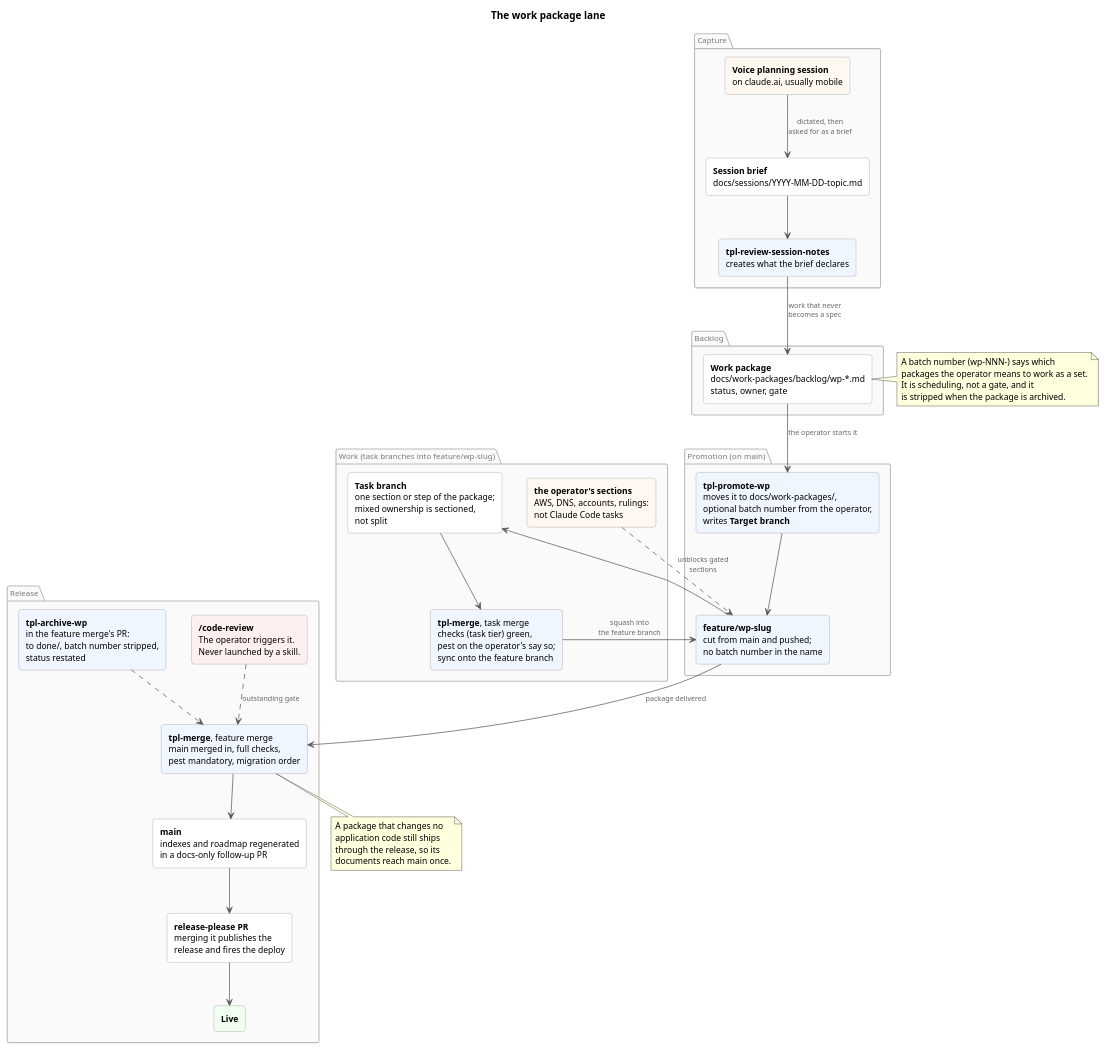
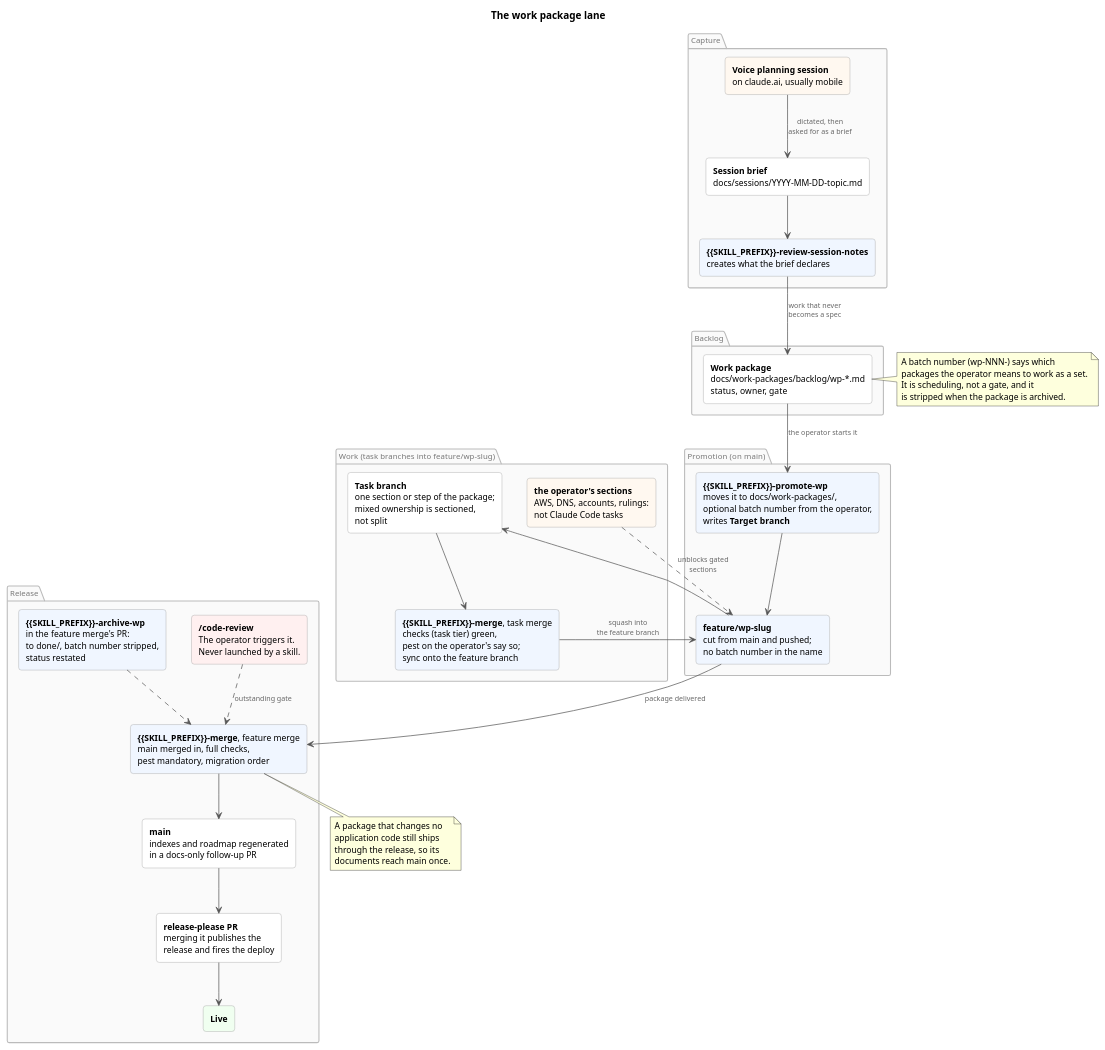
One commit to AnalysisByDesign/laravel_template changed the diagram in docs/development/workflow-work-package.puml. Above: the diagram before and after it, drawn with PlantUML. The commit also changed 97 other files, not shown here.

```diff
--- a/docs/development/workflow-work-package.puml
+++ b/docs/development/workflow-work-package.puml
@@ -1,94 +1,94 @@
 @startuml workflow-work-package
 ' The work package lane: work that is real but never becomes a spec, such as
 ' infrastructure, research, tooling and documentation.
 '
 ' One of three lane diagrams (feature, work package, fix). The branches
 ' each step works on are in docs/development/branching-model.puml.
 ' The pre-commit hook renders the PNG for any staged .puml automatically;
 ' render the PDF with `plantuml -tpdf docs/development/workflow-work-package.puml`.
 
 title The work package lane
 
 skinparam backgroundColor #FFFFFF
 skinparam shadowing false
 skinparam defaultFontName Helvetica
 skinparam defaultFontSize 12
 skinparam ArrowColor #555555
 skinparam ArrowFontSize 10
 skinparam ArrowFontColor #666666
 
 skinparam rectangle {
   BorderColor #999999
   BackgroundColor #FFFFFF
   FontSize 12
   roundCorner 8
 }
 skinparam package {
   BorderColor #BBBBBB
   BackgroundColor #FAFAFA
   FontColor #777777
   FontSize 11
   FontStyle plain
 }
 
 package "Capture" {
   rectangle "**Voice planning session**\non claude.ai, usually mobile" as session #FFF8F0
   rectangle "**Session brief**\ndocs/sessions/YYYY-MM-DD-topic.md" as brief
-  rectangle "**tpl-review-session-notes**\ncreates what the brief declares" as notes #F0F6FF
+  rectangle "**{{SKILL_PREFIX}}-review-session-notes**\ncreates what the brief declares" as notes #F0F6FF
 }
 
 package "Backlog" {
   rectangle "**Work package**\ndocs/work-packages/backlog/wp-*.md\nstatus, owner, gate" as wp
 }
 
 package "Promotion  (on main)" {
-  rectangle "**tpl-promote-wp**\nmoves it to docs/work-packages/,\noptional batch number from the operator,\nwrites **Target branch**" as promote #F0F6FF
+  rectangle "**{{SKILL_PREFIX}}-promote-wp**\nmoves it to docs/work-packages/,\noptional batch number from the operator,\nwrites **Target branch**" as promote #F0F6FF
   rectangle "**feature/wp-slug**\ncut from main and pushed;\nno batch number in the name" as featbranch #F0F6FF
 }
 
 package "Work  (task branches into feature/wp-slug)" {
   rectangle "**Task branch**\none section or step of the package;\nmixed ownership is sectioned,\nnot split" as task
   rectangle "**the operator's sections**\nAWS, DNS, accounts, rulings:\nnot Claude Code tasks" as op #FFF8F0
-  rectangle "**tpl-merge**, task merge\nchecks (task tier) green,\npest on the operator's say so;\nsync onto the feature branch" as taskmerge #F0F6FF
+  rectangle "**{{SKILL_PREFIX}}-merge**, task merge\nchecks (task tier) green,\npest on the operator's say so;\nsync onto the feature branch" as taskmerge #F0F6FF
 }
 
 package "Release" {
-  rectangle "**tpl-merge**, feature merge\nmain merged in, full checks,\npest mandatory, migration order" as featmerge #F0F6FF
+  rectangle "**{{SKILL_PREFIX}}-merge**, feature merge\nmain merged in, full checks,\npest mandatory, migration order" as featmerge #F0F6FF
   rectangle "**/code-review**\nThe operator triggers it.\nNever launched by a skill." as review #FFF0F0
-  rectangle "**tpl-archive-wp**\nin the feature merge's PR:\nto done/, batch number stripped,\nstatus restated" as archive #F0F6FF
+  rectangle "**{{SKILL_PREFIX}}-archive-wp**\nin the feature merge's PR:\nto done/, batch number stripped,\nstatus restated" as archive #F0F6FF
   rectangle "**main**\nindexes and roadmap regenerated\nin a docs-only follow-up PR" as main
   rectangle "**release-please PR**\nmerging it publishes the\nrelease and fires the deploy" as release
   rectangle "**Live**" as live #F0FFF0
 }
 
 session --> brief : dictated, then\nasked for as a brief
 brief --> notes
 notes --> wp : work that never\nbecomes a spec
 wp --> promote : the operator starts it
 promote --> featbranch
 featbranch --> task
 task --> taskmerge
 taskmerge --> featbranch : squash into\nthe feature branch
 op ..> featbranch : unblocks gated\nsections
 featbranch --> featmerge : package delivered
 review ..> featmerge : outstanding gate
 archive ..> featmerge
 featmerge --> main
 main --> release
 release --> live
 
 note right of wp
   A batch number (wp-NNN-) says which
   packages the operator means to work as a set.
   It is scheduling, not a gate, and it
   is stripped when the package is archived.
 end note
 
 note bottom of featmerge
   A package that changes no
   application code still ships
   through the release, so its
   documents reach main once.
 end note
 
 @enduml
```
